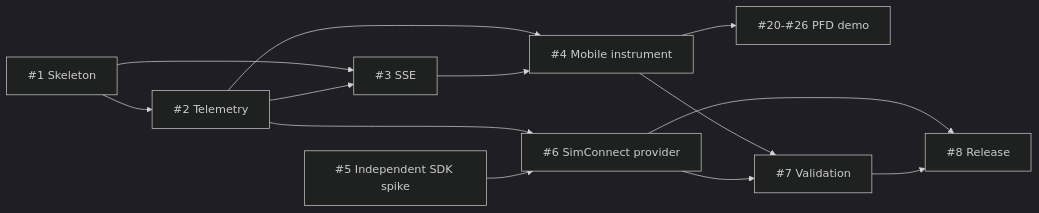
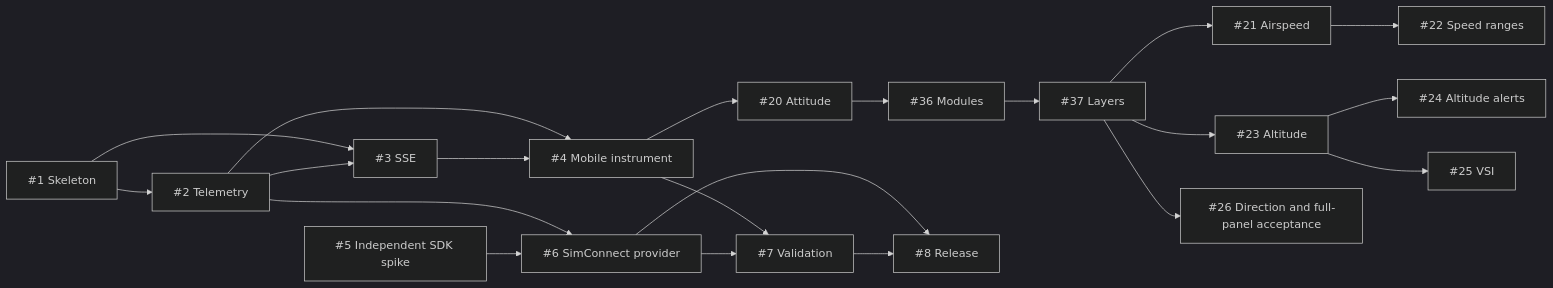
One commit to LeszekKantorek/msfs2024-artificial-horizon changed the diagram in docs/roadmap.md. Above: the diagram before and after it, drawn with Mermaid (dark theme). The commit also changed other lines of this file and 9 other files, not shown here.

First line of the commit message:
Define modular PFD architecture and Stage 2 backlog (#38)

````diff
--- a/docs/roadmap.md
+++ b/docs/roadmap.md
@@ -7,15 +7,23 @@
 ```mermaid
 flowchart LR
     I1["#1 Skeleton"] --> I2["#2 Telemetry"]
     I1 --> I3["#3 SSE"]
     I2 --> I3
     I2 --> I4["#4 Mobile instrument"]
     I3 --> I4
-    I4 --> PFD["#20-#26 PFD demo"]
+    I4 --> I20["#20 Attitude"]
+    I20 --> I36["#36 Modules"]
+    I36 --> I37["#37 Layers"]
+    I37 --> I21["#21 Airspeed"]
+    I21 --> I22["#22 Speed ranges"]
+    I37 --> I23["#23 Altitude"]
+    I23 --> I24["#24 Altitude alerts"]
+    I23 --> I25["#25 VSI"]
+    I37 --> I26["#26 Direction and full-panel acceptance"]
     I2 --> I6["#6 SimConnect provider"]
     I5["#5 Independent SDK spike"] --> I6
     I4 --> I7["#7 Validation"]
     I6 --> I7
     I6 --> I8["#8 Release"]
     I7 --> I8
 ```
````
